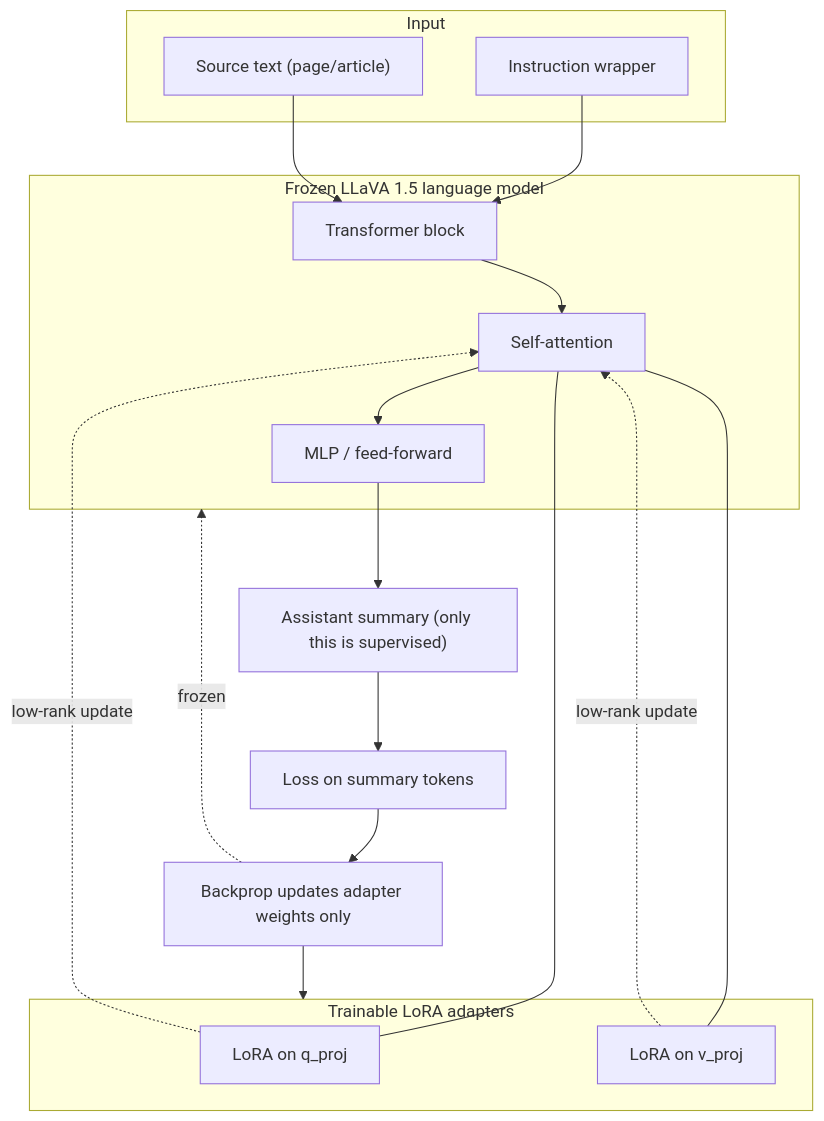
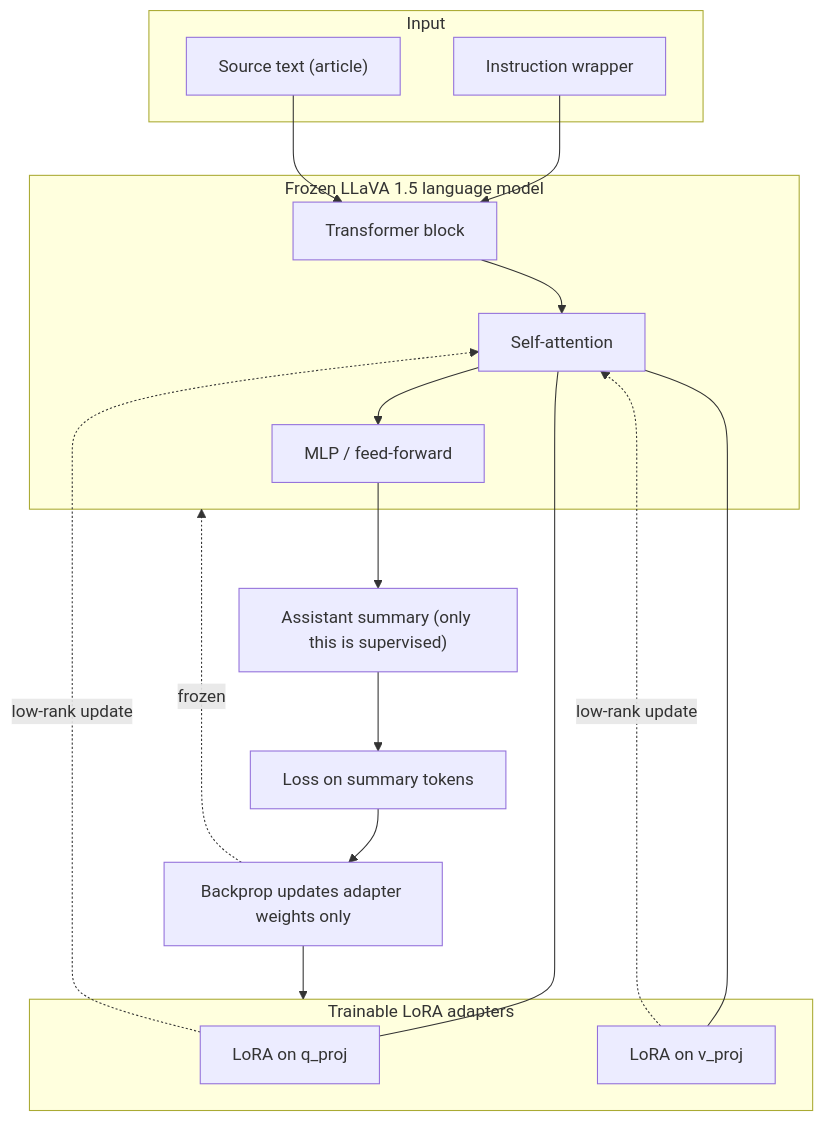
The first of 2 diagrams in fine-tuning/llava15-lora/README.md (vecnode/training), drawn with Mermaid before and after one commit. The commit also changed other lines of this file and 10 other files, not shown here.

````diff
--- a/fine-tuning/llava15-lora/README.md
+++ b/fine-tuning/llava15-lora/README.md
@@ -133,32 +108,32 @@
 ```mermaid
 flowchart TB
 	subgraph Input
-		T1["Source text (page/article)"]
+		T1["Source text (article)"]
 		I1["Instruction wrapper"]
 	end
 
 	subgraph FrozenBase["Frozen LLaVA 1.5 language model"]
 		B1[Transformer block]
 		A1[Self-attention]
 		F1[MLP / feed-forward]
 	end
 
 	subgraph Trainable["Trainable LoRA adapters"]
 		L1[LoRA on q_proj]
 		L2[LoRA on v_proj]
 	end
 
 	O1["Assistant summary (only this is supervised)"]
 	G1[Loss on summary tokens]
 	U1[Backprop updates adapter weights only]
 
 	I1 --> B1
 	T1 --> B1 --> A1 --> F1 --> O1
 	A1 --- L1
 	A1 --- L2
 	L1 -. low-rank update .-> A1
 	L2 -. low-rank update .-> A1
 	O1 --> G1 --> U1
 	U1 -. frozen .-> FrozenBase
 	U1 --> Trainable
 ```
````
